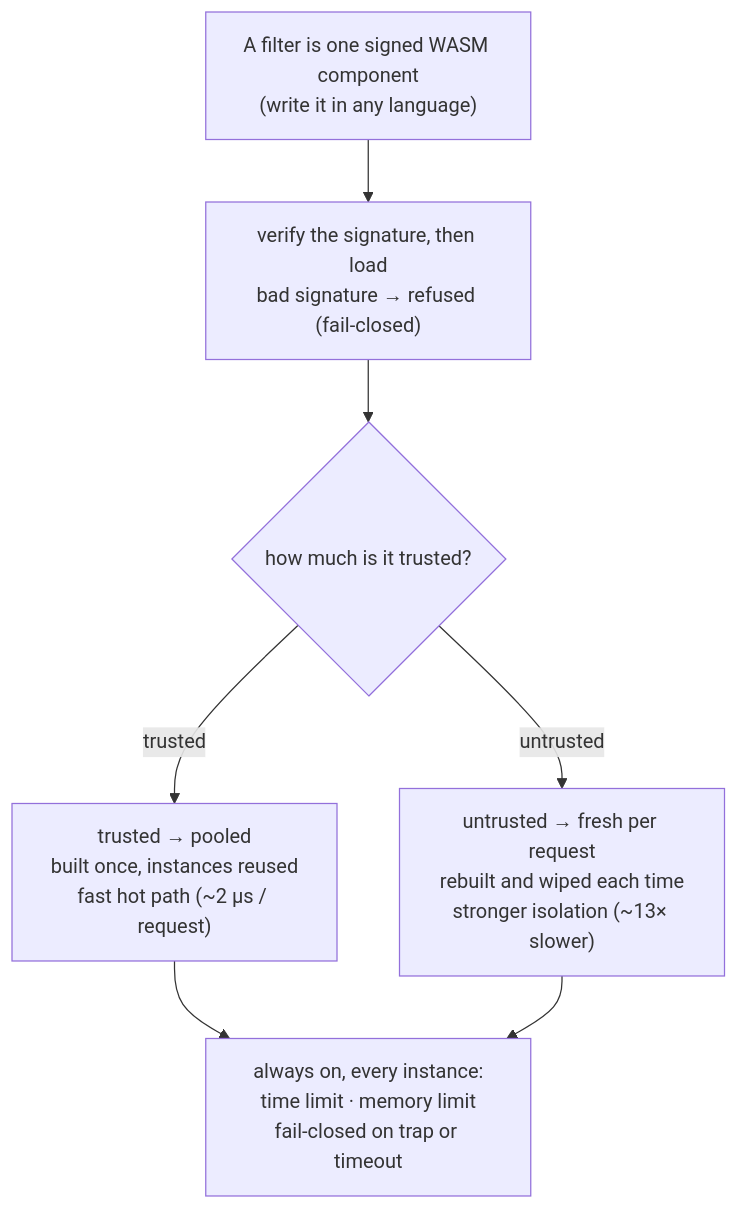
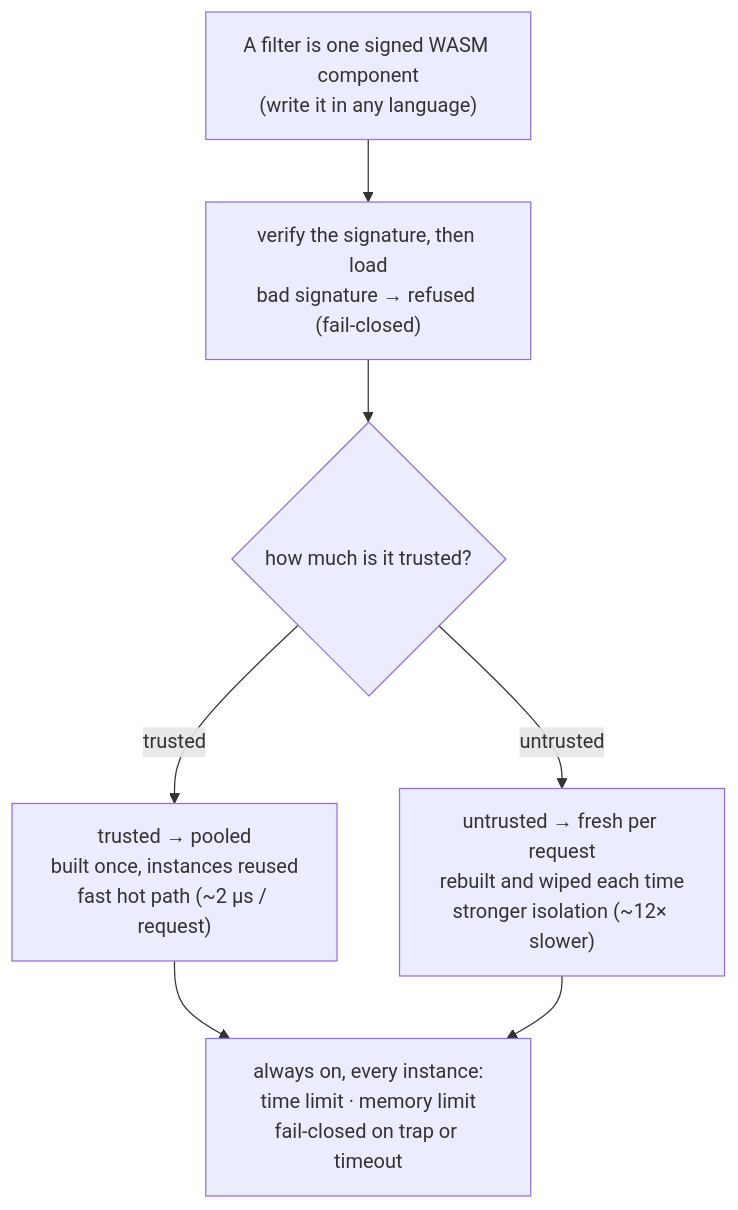
Before and after one commit to Kaikei-e/PlectoProxy: the second of 2 diagrams in README.md, drawn with Mermaid. The commit also changed other lines of this file and 1 other file, not shown here.

````diff
--- a/README.md
+++ b/README.md
@@ -101,17 +101,17 @@
 ```mermaid
 flowchart TB
     wasm["A filter is one signed WASM component<br/>(write it in any language)"]
     verify["verify the signature, then load<br/>bad signature → refused (fail-closed)"]
     profile{"how much is it trusted?"}
 
     pooled["trusted → pooled<br/>built once, instances reused<br/>fast hot path (~2 µs / request)"]
-    fresh["untrusted → fresh per request<br/>rebuilt and wiped each time<br/>stronger isolation (~13× slower)"]
+    fresh["untrusted → fresh per request<br/>rebuilt and wiped each time<br/>stronger isolation (~12× slower)"]
 
     guards["always on, every instance:<br/>time limit · memory limit<br/>fail-closed on trap or timeout"]
 
     wasm --> verify --> profile
     profile -->|trusted| pooled
     profile -->|untrusted| fresh
     pooled --> guards
     fresh --> guards
 ```
````
